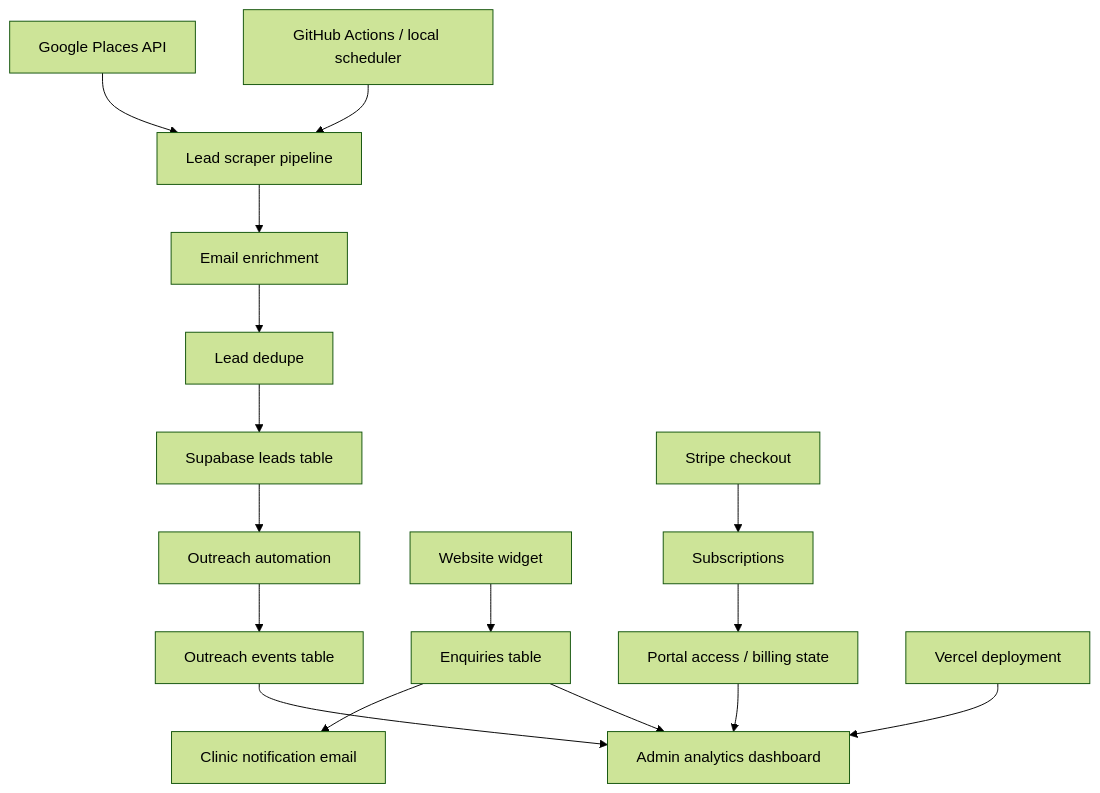
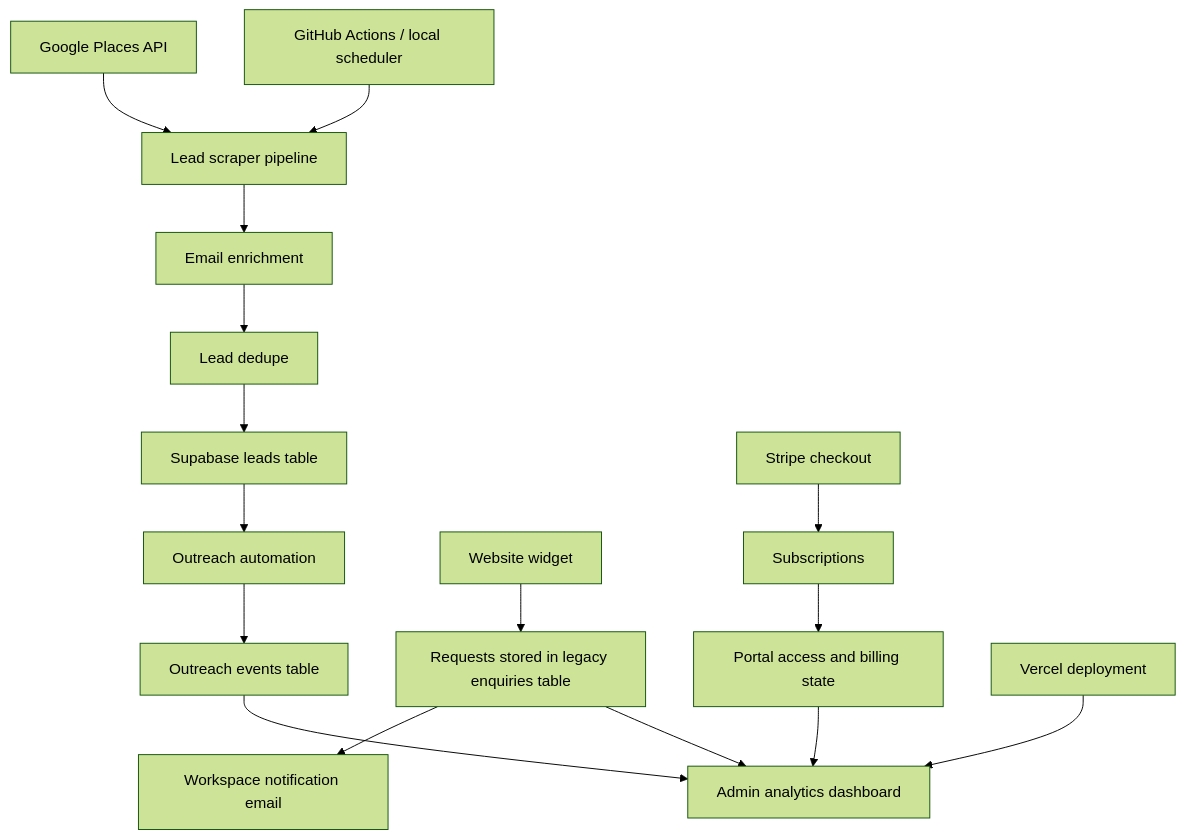
One commit to krisninnis/leadclaw-uk changed the diagram in README.md. Above: the diagram before and after it, drawn with Mermaid (forest theme). The commit also changed other lines of this file and 86 other files, not shown here.

````diff
--- a/README.md
+++ b/README.md
@@ -48,21 +52,21 @@
 ```mermaid
 flowchart TD
     A[Google Places API] --> B[Lead scraper pipeline]
     B --> C[Email enrichment]
     C --> D[Lead dedupe]
     D --> E[Supabase leads table]
     E --> F[Outreach automation]
     F --> G[Outreach events table]
     G --> H[Admin analytics dashboard]
 
-    I[Website widget] --> J[Enquiries table]
-    J --> K[Clinic notification email]
+    I[Website widget] --> J[Requests stored in legacy enquiries table]
+    J --> K[Workspace notification email]
     J --> H
 
     L[Stripe checkout] --> M[Subscriptions]
-    M --> N[Portal access / billing state]
+    M --> N[Portal access and billing state]
     N --> H
 
     O[GitHub Actions / local scheduler] --> B
     P[Vercel deployment] --> H
 ```
````
